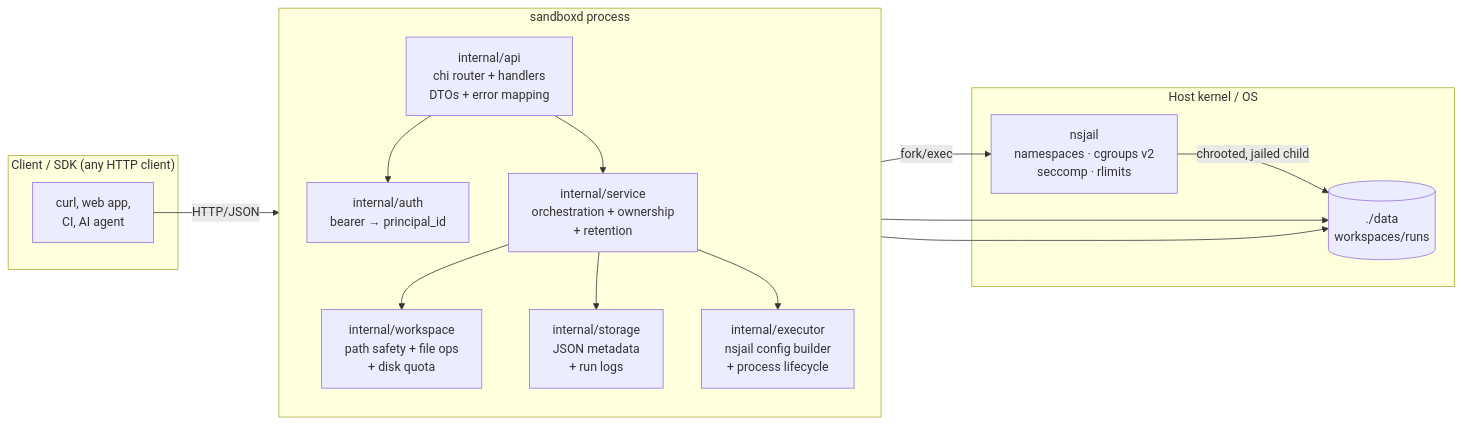
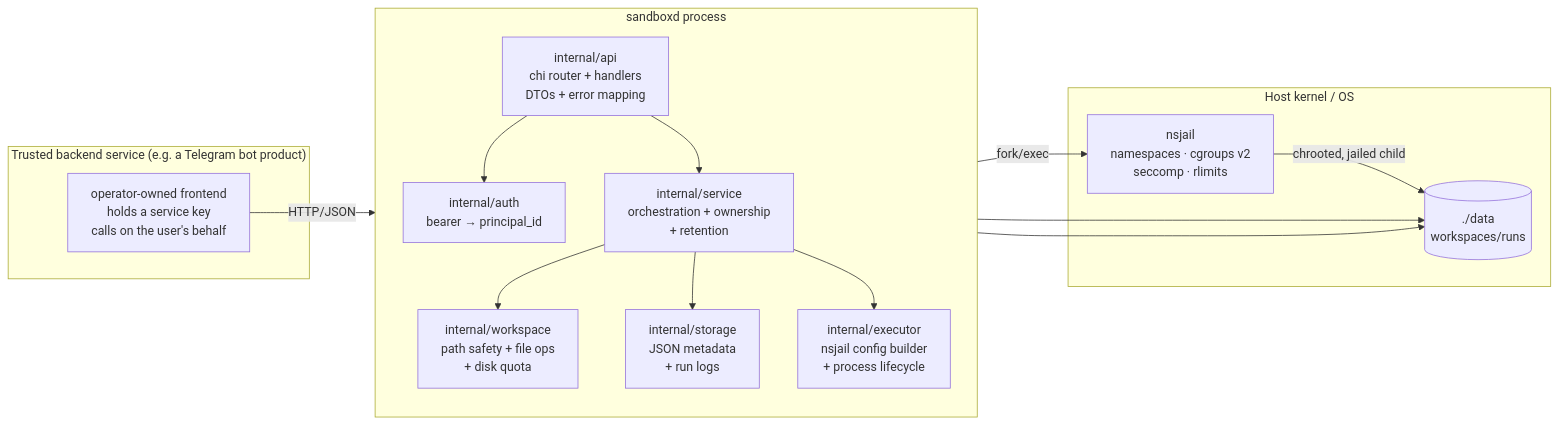
Before and after one commit to M3-mo2/cloud-service: the first of 17 diagrams in docs/ARCHITECTURE.md, drawn with Mermaid. The commit also changed other lines of this file and 4 other files, not shown here.

Commit message:
docs: state the engine/frontend product boundary

````diff
--- a/docs/ARCHITECTURE.md
+++ b/docs/ARCHITECTURE.md
@@ -61,32 +86,32 @@
 ```mermaid
 flowchart LR
-    subgraph Client["Client / SDK (any HTTP client)"]
-        C["curl, web app,\nCI, AI agent"]
+    subgraph Client["Trusted backend service (e.g. a Telegram bot product)"]
+        C["operator-owned frontend\nholds a service key\ncalls on the user's behalf"]
     end
 
     subgraph sandboxd["sandboxd process"]
         direction TB
         API["internal/api\nchi router + handlers\nDTOs + error mapping"]
         AUTH["internal/auth\nbearer → principal_id"]
         SVC["internal/service\norchestration + ownership\n+ retention"]
         WS["internal/workspace\npath safety + file ops\n+ disk quota"]
         ST["internal/storage\nJSON metadata\n+ run logs"]
         EXEC["internal/executor\nnsjail config builder\n+ process lifecycle"]
     end
 
     subgraph Host["Host kernel / OS"]
         NSJ["nsjail\nnamespaces · cgroups v2\nseccomp · rlimits"]
         FS[("./data\nworkspaces/runs")]
     end
 
     C -->|HTTP/JSON| API
     API --> AUTH
     API --> SVC
     SVC --> WS
     SVC --> ST
     SVC --> EXEC
     WS --> FS
     ST --> FS
     EXEC -->|fork/exec| NSJ
     NSJ -->|chrooted, jailed child| FS
 ```
````
